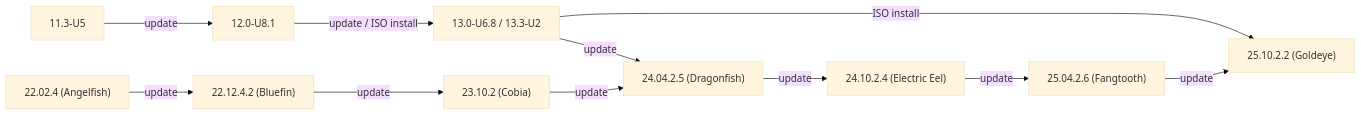
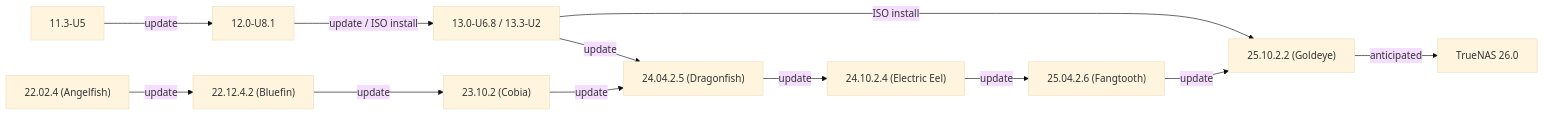
The first of 2 diagrams in static/includes/SCALEUpgradePaths.md (truenas/documentation), drawn with Mermaid (base theme) before and after one commit. The commit also changed other lines of this file and 1 other file, not shown here.

```diff
--- a/static/includes/SCALEUpgradePaths.md
+++ b/static/includes/SCALEUpgradePaths.md
@@ -21,14 +21,15 @@
             {{< mermaid class="mermaid_sizing" >}}
             flowchart LR
               A["11.3-U5"] -->|update| B["12.0-U8.1"]
               B -->|"update / ISO install"| C["13.0-U6.8 / 13.3-U2"]
               C -->|update| G
               C -->|ISO install| J
               D["22.02.4 (Angelfish)"] -->|update| E
               E["22.12.4.2 (Bluefin)"] -->|update| F
               F["23.10.2 (Cobia)"] -->|update| G
               G["24.04.2.5 (Dragonfish)"] -->|update| H
               H["24.10.2.4 (Electric Eel)"] -->|update| I
               I["25.04.2.6 (Fangtooth)"] -->|update| J
-              J["25.10.2.2 (Goldeye)"]
+              J["25.10.2.2 (Goldeye)"] -->|"anticipated"| K
+              K["TrueNAS 26.0"]
             {{< /mermaid >}}
```
